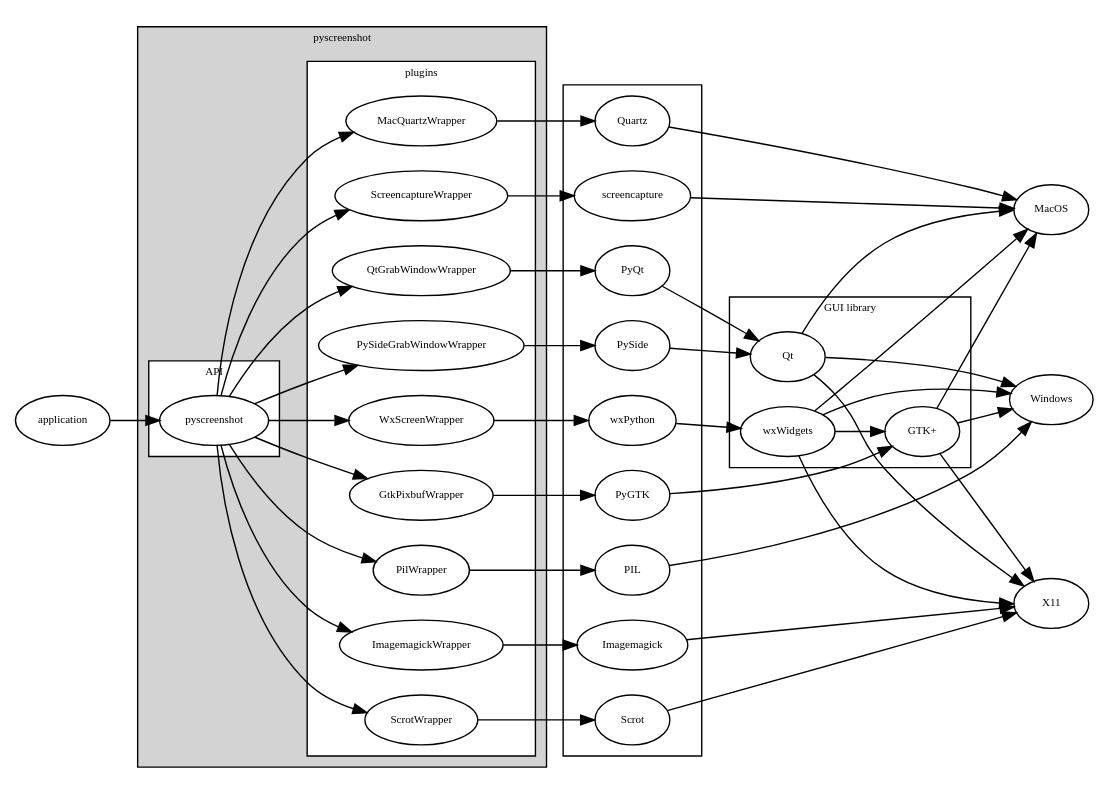
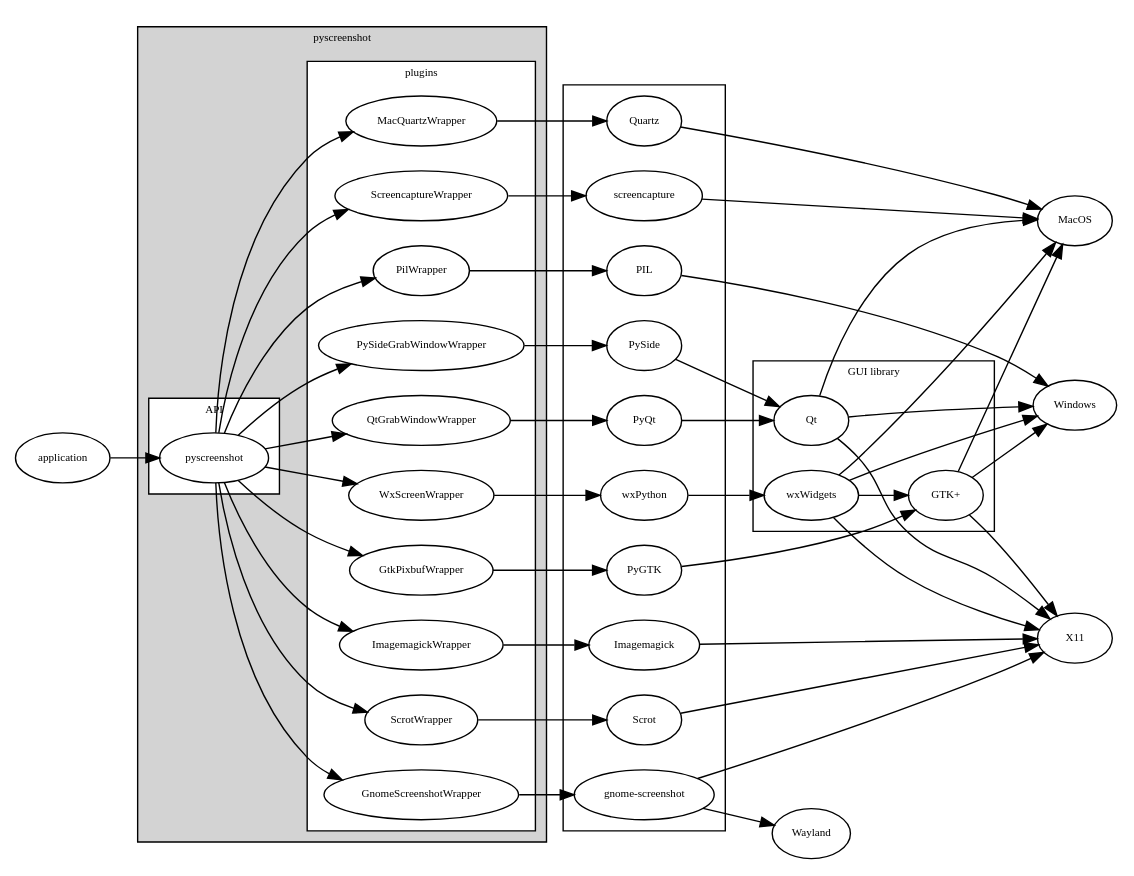
Before and after one commit to ponty/pyscreenshot: the diagram in docs/hierarchy.rst, drawn with Graphviz. The commit also changed 1 other file, not shown here.

Commit message:
added gnome-screenshot to documentation

```diff
--- a/docs/hierarchy.rst
+++ b/docs/hierarchy.rst
@@ -33,6 +33,7 @@
                 pyscreenshot -> ScrotWrapper;
                 pyscreenshot -> MacQuartzWrapper
                 pyscreenshot -> ScreencaptureWrapper
+                pyscreenshot -> GnomeScreenshotWrapper
             }
         }
         subgraph cluster_3 {
@@ -45,6 +46,7 @@
             Quartz;
             Scrot;
             Imagemagick;
+            "gnome-screenshot";
         }
         subgraph cluster_4 {
             label = "GUI library";
@@ -63,6 +65,9 @@
         ImagemagickWrapper -> Imagemagick -> X11;
         ScrotWrapper -> Scrot -> X11;
 
+        GnomeScreenshotWrapper -> "gnome-screenshot" -> X11;
+        "gnome-screenshot" -> Wayland;
+
         GtkPixbufWrapper -> PyGTK -> "GTK+";
         "GTK+" -> MacOS;
         "GTK+" -> Windows;
```
